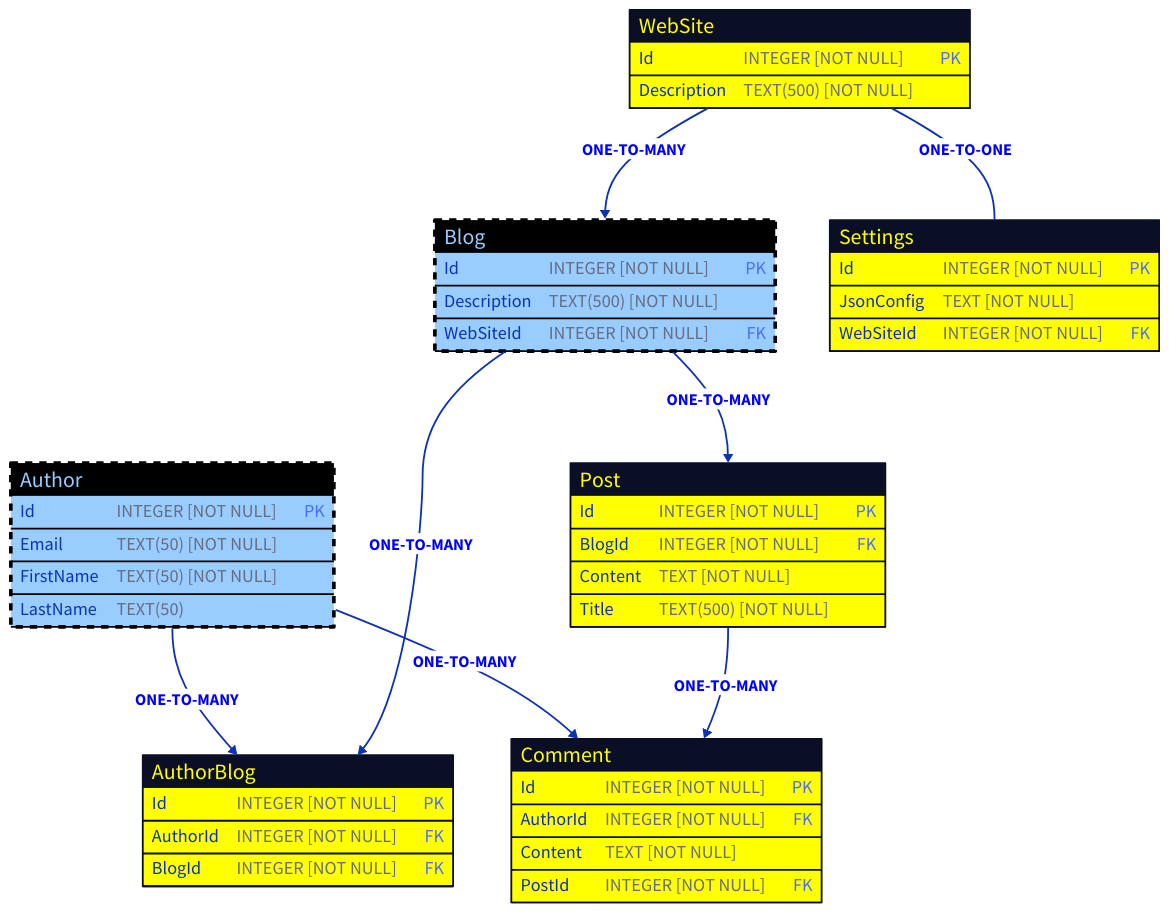
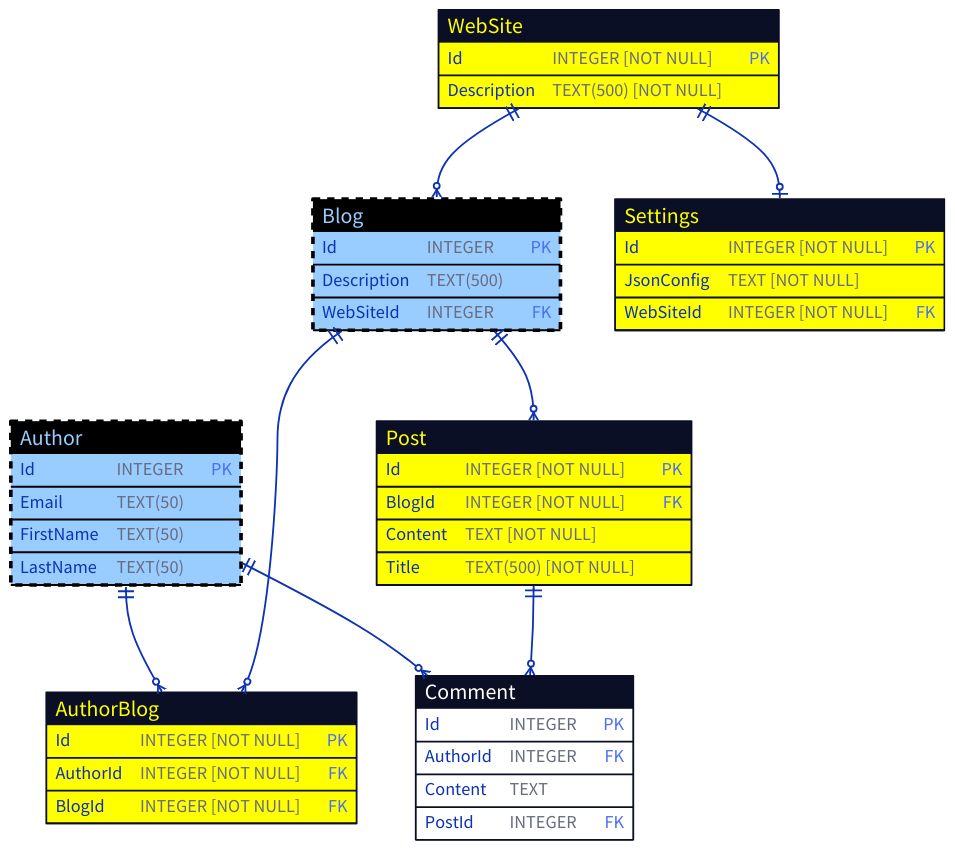
Before and after one commit to nickathone/AllOverIt: the diagram in Demos/AllOverIt.EntityFrameworkCore.Diagrams/D2ErdDiagramDemo/Output Examples/sample_erd.d2, drawn with D2. The commit also changed 8 other files, not shown here.

Commit message:
D2 Diagram updates to allow per entity options for nullability and max length

```diff
--- a/Demos/AllOverIt.EntityFrameworkCore.Diagrams/D2ErdDiagramDemo/Output Examples/sample_erd.d2
+++ b/Demos/AllOverIt.EntityFrameworkCore.Diagrams/D2ErdDiagramDemo/Output Examples/sample_erd.d2
@@ -1,147 +1,185 @@
 Author: {
   shape: sql_table
 
   style: {
     fill: black
     stroke: \#99ccff
     stroke-width: 4
     stroke-dash: 2
   }
 
-  Id: INTEGER \[NOT NULL\] {constraint: primary_key}
-  Email: TEXT(50) \[NOT NULL\]
-  FirstName: TEXT(50) \[NOT NULL\]
+  Id: INTEGER {constraint: primary_key}
+  Email: TEXT(50)
+  FirstName: TEXT(50)
   LastName: TEXT(50)
 }
 
 AuthorBlog: {
   shape: sql_table
 
   style: {
     stroke: yellow
   }
 
   Id: INTEGER \[NOT NULL\] {constraint: primary_key}
   AuthorId: INTEGER \[NOT NULL\] {constraint: foreign_key}
   BlogId: INTEGER \[NOT NULL\] {constraint: foreign_key}
 }
 
 Blog: {
   shape: sql_table
 
   style: {
     fill: black
     stroke: \#99ccff
     stroke-width: 4
     stroke-dash: 2
   }
 
-  Id: INTEGER \[NOT NULL\] {constraint: primary_key}
-  Description: TEXT(500) \[NOT NULL\]
-  WebSiteId: INTEGER \[NOT NULL\] {constraint: foreign_key}
+  Id: INTEGER {constraint: primary_key}
+  Description: TEXT(500)
+  WebSiteId: INTEGER {constraint: foreign_key}
 }
 
 Comment: {
   shape: sql_table
 
-  style: {
-    stroke: yellow
-  }
-
-  Id: INTEGER \[NOT NULL\] {constraint: primary_key}
-  AuthorId: INTEGER \[NOT NULL\] {constraint: foreign_key}
-  Content: TEXT \[NOT NULL\]
-  PostId: INTEGER \[NOT NULL\] {constraint: foreign_key}
+  Id: INTEGER {constraint: primary_key}
+  AuthorId: INTEGER {constraint: foreign_key}
+  Content: TEXT
+  PostId: INTEGER {constraint: foreign_key}
 }
 
 Post: {
   shape: sql_table
 
   style: {
     stroke: yellow
   }
 
   Id: INTEGER \[NOT NULL\] {constraint: primary_key}
   BlogId: INTEGER \[NOT NULL\] {constraint: foreign_key}
   Content: TEXT \[NOT NULL\]
   Title: TEXT(500) \[NOT NULL\]
 }
 
 Settings: {
   shape: sql_table
 
   style: {
     stroke: yellow
   }
 
   Id: INTEGER \[NOT NULL\] {constraint: primary_key}
   JsonConfig: TEXT \[NOT NULL\]
   WebSiteId: INTEGER \[NOT NULL\] {constraint: foreign_key}
 }
 
 WebSite: {
   shape: sql_table
 
   style: {
     stroke: yellow
   }
 
   Id: INTEGER \[NOT NULL\] {constraint: primary_key}
   Description: TEXT(500) \[NOT NULL\]
 }
 
-Author.Id -> AuthorBlog.AuthorId: ONE-TO-MANY {
+Author.Id <-> AuthorBlog.AuthorId: {
+  source-arrowhead: {
+    shape: cf-one-required
+  }
+  target-arrowhead: {
+    shape: cf-many
+  }
   style: {
     font-size: 18
     font-color: blue
     bold: true
   }
 }
 
-Blog.Id -> AuthorBlog.BlogId: ONE-TO-MANY {
+Blog.Id <-> AuthorBlog.BlogId: {
+  source-arrowhead: {
+    shape: cf-one-required
+  }
+  target-arrowhead: {
+    shape: cf-many
+  }
   style: {
     font-size: 18
     font-color: blue
     bold: true
   }
 }
 
-WebSite.Id -> Blog.WebSiteId: ONE-TO-MANY {
+WebSite.Id <-> Blog.WebSiteId: {
+  source-arrowhead: {
+    shape: cf-one-required
+  }
+  target-arrowhead: {
+    shape: cf-many
+  }
   style: {
     font-size: 18
     font-color: blue
     bold: true
   }
 }
 
-Author.Id -> Comment.AuthorId: ONE-TO-MANY {
+Author.Id <-> Comment.AuthorId: {
+  source-arrowhead: {
+    shape: cf-one-required
+  }
+  target-arrowhead: {
+    shape: cf-many
+  }
   style: {
     font-size: 18
     font-color: blue
     bold: true
   }
 }
 
-Post.Id -> Comment.PostId: ONE-TO-MANY {
+Post.Id <-> Comment.PostId: {
+  source-arrowhead: {
+    shape: cf-one-required
+  }
+  target-arrowhead: {
+    shape: cf-many
+  }
   style: {
     font-size: 18
     font-color: blue
     bold: true
   }
 }
 
-Blog.Id -> Post.BlogId: ONE-TO-MANY {
+Blog.Id <-> Post.BlogId: {
+  source-arrowhead: {
+    shape: cf-one-required
+  }
+  target-arrowhead: {
+    shape: cf-many
+  }
   style: {
     font-size: 18
     font-color: blue
     bold: true
   }
 }
 
-WebSite.Id -- Settings.WebSiteId: ONE-TO-ONE {
+WebSite.Id <-> Settings.WebSiteId: {
+  source-arrowhead: {
+    shape: cf-one-required
+  }
+  target-arrowhead: {
+    shape: cf-one
+  }
   style: {
     font-size: 18
     font-color: blue
     bold: true
   }
 }
```
